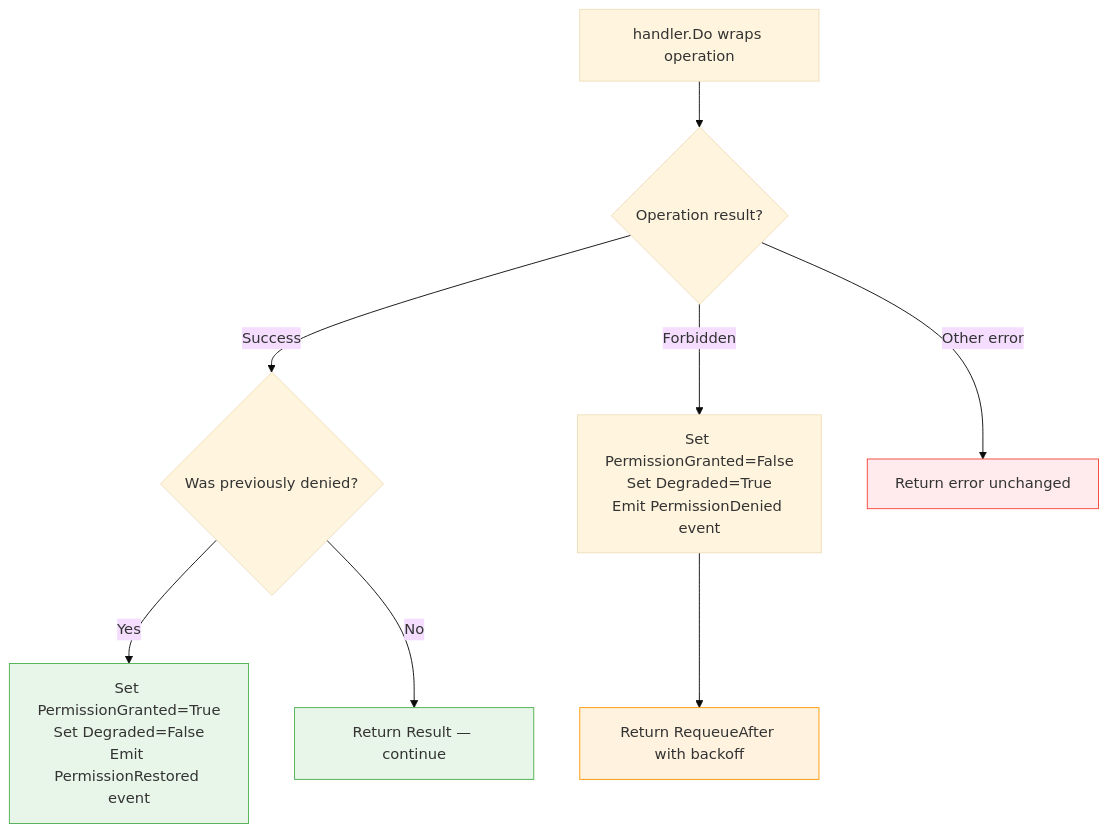
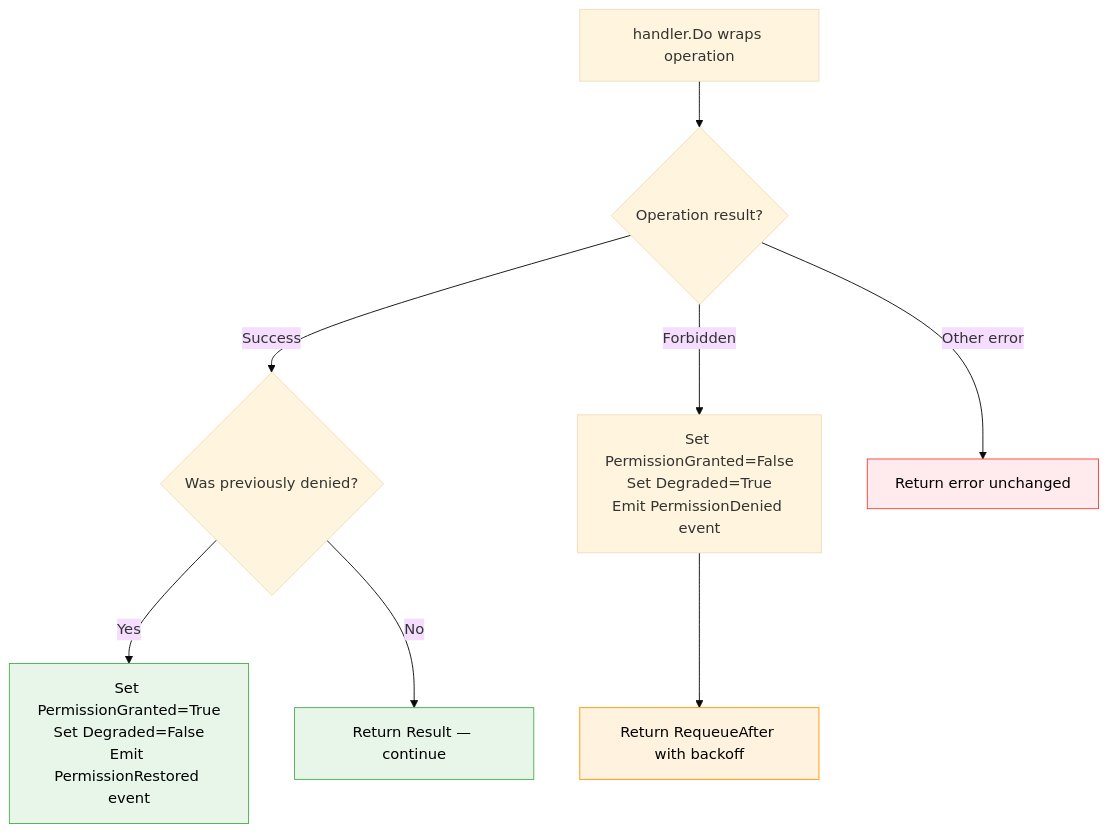
One commit to opendatahub-io/operator-rbac-toolkit changed the diagram in site/docs/architecture/graceful-degradation.md. Above: the diagram before and after it, drawn with Mermaid (base theme). The commit also changed 9 other files, not shown here.

First line of the commit message:
fix(site): add explicit dark text color to all mermaid diagrams

````diff
--- a/site/docs/architecture/graceful-degradation.md
+++ b/site/docs/architecture/graceful-degradation.md
@@ -15,15 +15,15 @@
 ```mermaid
 flowchart TD
     A[handler.Do wraps operation] --> B{Operation result?}
     B -- Success --> C{Was previously denied?}
     C -- Yes --> D[Set PermissionGranted=True\nSet Degraded=False\nEmit PermissionRestored event]
     C -- No --> E[Return Result — continue]
     B -- Forbidden --> F[Set PermissionGranted=False\nSet Degraded=True\nEmit PermissionDenied event]
     F --> G[Return RequeueAfter with backoff]
     B -- Other error --> H[Return error unchanged]
     
-    style E fill:#e8f5e9,stroke:#4CAF50
-    style D fill:#e8f5e9,stroke:#4CAF50
-    style G fill:#fff3e0,stroke:#FF9800
-    style H fill:#ffebee,stroke:#f44336
+    style E fill:#e8f5e9,stroke:#4CAF50,color:#000
+    style D fill:#e8f5e9,stroke:#4CAF50,color:#000
+    style G fill:#fff3e0,stroke:#FF9800,color:#000
+    style H fill:#ffebee,stroke:#f44336,color:#000
 ```
````
